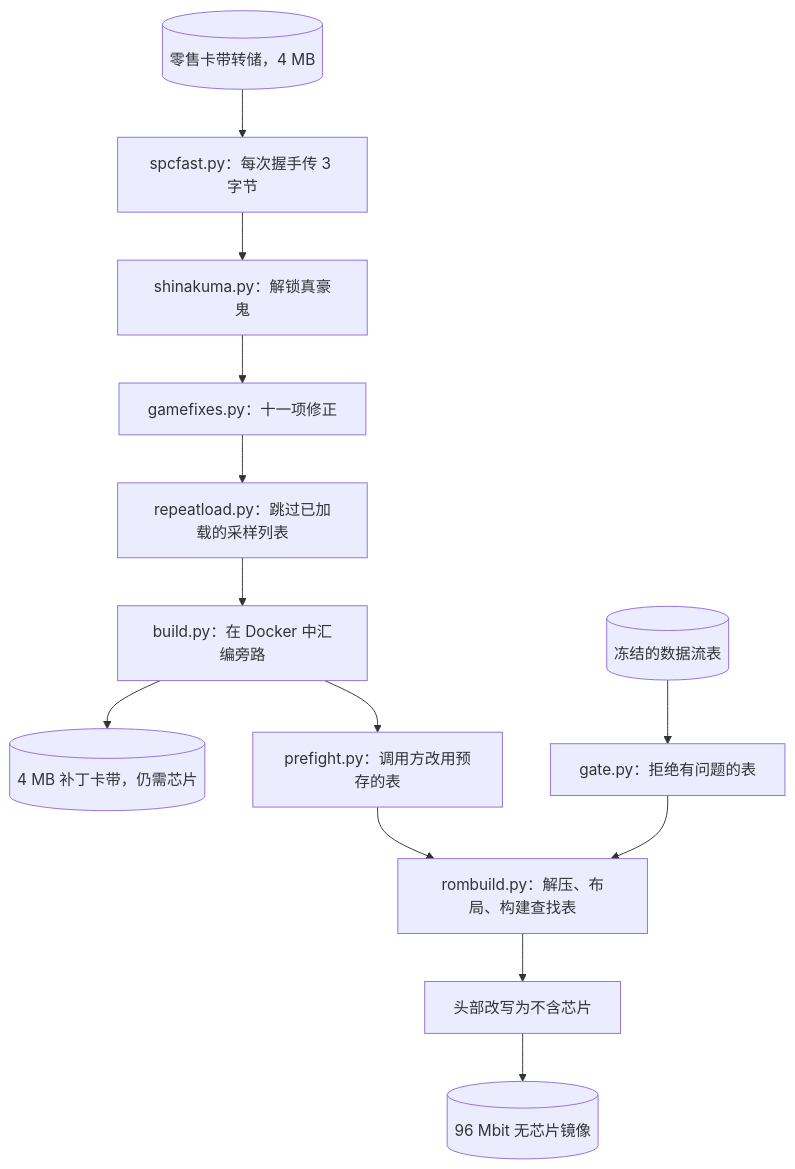
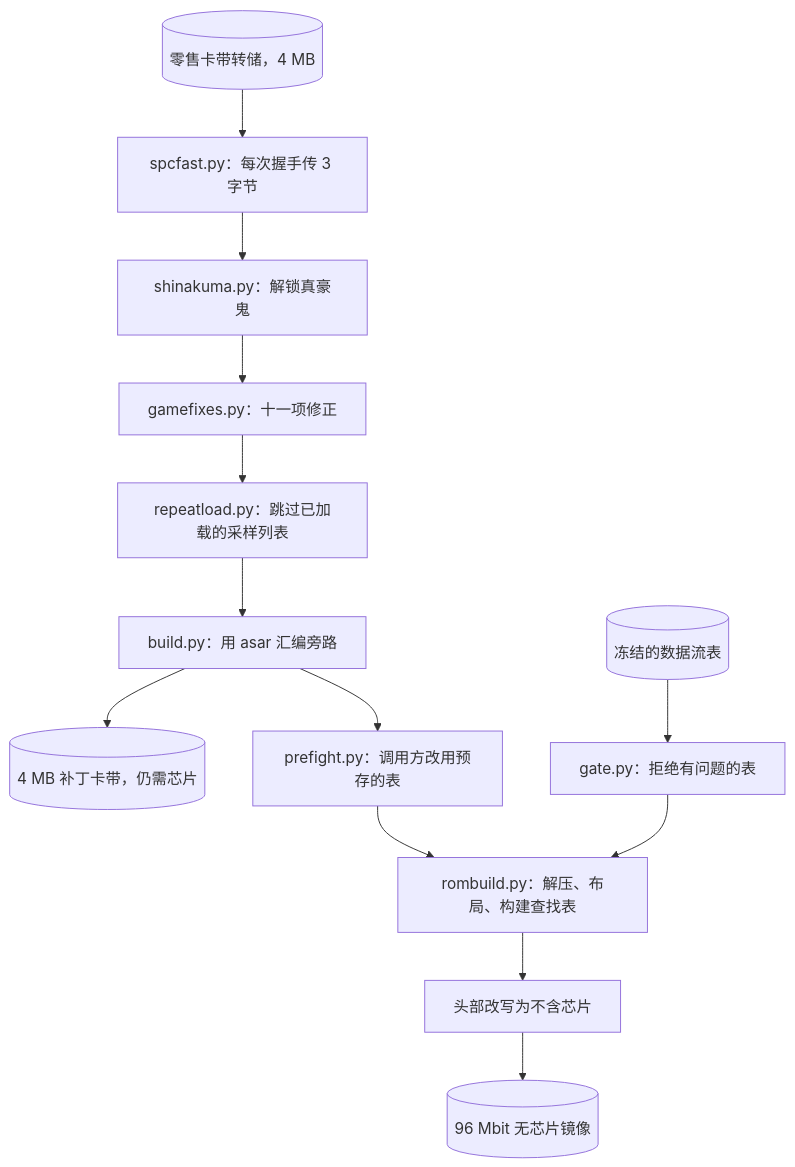
The diagram in README.zh-Hans.md (gufranco/snes-street-fighter-alpha-2-nochip), drawn with Mermaid before and after one commit. The commit also changed other lines of this file and 41 other files, not shown here.

````diff
--- a/README.zh-Hans.md
+++ b/README.zh-Hans.md
@@ -380,15 +378,15 @@
 ```mermaid
 graph TD
     dump[("零售卡带转储，4 MB")] --> spcfast["spcfast.py：每次握手传 3 字节"]
     spcfast --> shinakuma["shinakuma.py：解锁真豪鬼"]
     shinakuma --> gamefixes["gamefixes.py：十一项修正"]
     gamefixes --> repeatload["repeatload.py：跳过已加载的采样列表"]
-    repeatload --> bypass["build.py：在 Docker 中汇编旁路"]
+    repeatload --> bypass["build.py：用 asar 汇编旁路"]
     bypass --> cart[("4 MB 补丁卡带，仍需芯片")]
     bypass --> prefight["prefight.py：调用方改用预存的表"]
     tables[("冻结的数据流表")] --> gate["gate.py：拒绝有问题的表"]
     gate --> rombuild
     prefight --> rombuild["rombuild.py：解压、布局、构建查找表"]
     rombuild --> header["头部改写为不含芯片"]
     header --> image[("96 Mbit 无芯片镜像")]
 ```
````
